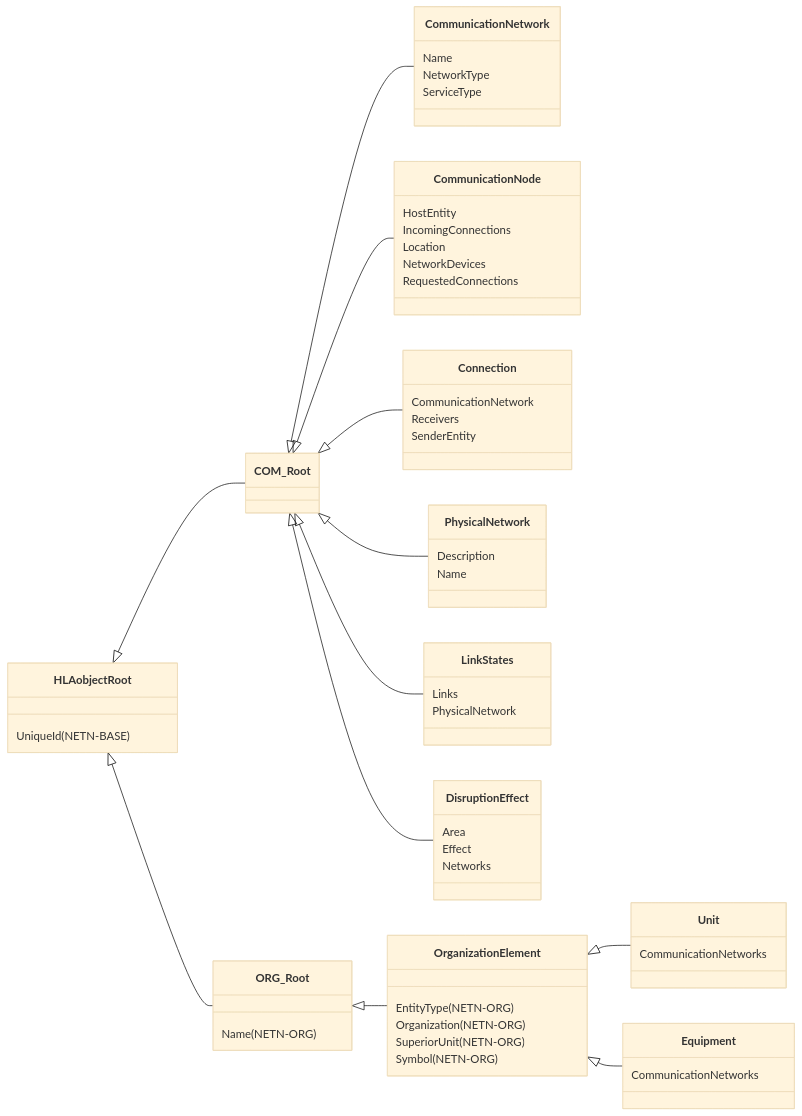
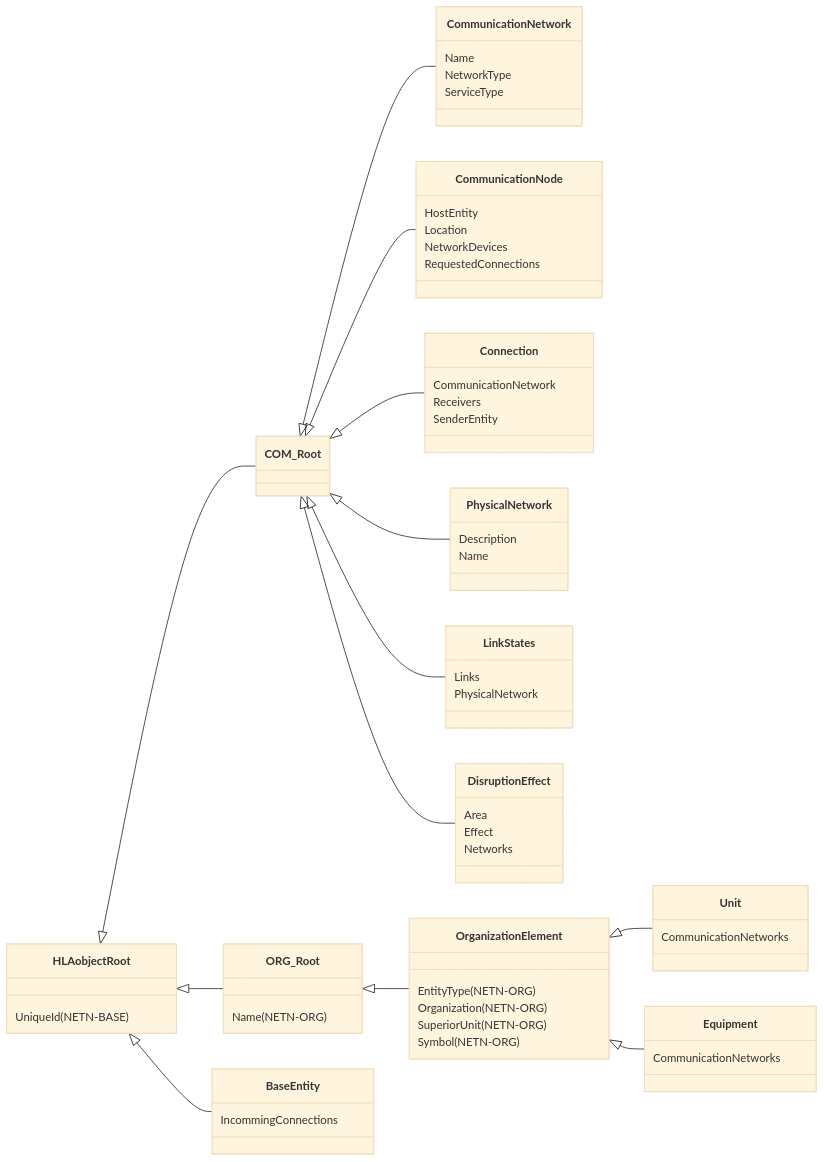
The sixth of 7 diagrams in NETN-COM.md (AMSP-04/NETN-COM), drawn with Mermaid (base theme) before and after one commit. The commit also changed other lines of this file and 2 other files, not shown here.

````diff
--- a/NETN-COM.md
+++ b/NETN-COM.md
@@ -17,42 +215,43 @@
 ```mermaid
 classDiagram 
 direction LR
 
 HLAobjectRoot <|-- COM_Root
 HLAobjectRoot <|-- ORG_Root
+HLAobjectRoot <|-- BaseEntity
 HLAobjectRoot : UniqueId(NETN-BASE)
 COM_Root <|-- CommunicationNetwork
 COM_Root <|-- CommunicationNode
 COM_Root <|-- Connection
 COM_Root <|-- PhysicalNetwork
 COM_Root <|-- LinkStates
 COM_Root <|-- DisruptionEffect
 CommunicationNetwork : Name
 CommunicationNetwork : NetworkType
 CommunicationNetwork : ServiceType
 CommunicationNode : HostEntity
-CommunicationNode : IncomingConnections
 CommunicationNode : Location
 CommunicationNode : NetworkDevices
 CommunicationNode : RequestedConnections
 Connection : CommunicationNetwork
 Connection : Receivers
 Connection : SenderEntity
 PhysicalNetwork : Description
 PhysicalNetwork : Name
 LinkStates : Links
 LinkStates : PhysicalNetwork
 DisruptionEffect : Area
 DisruptionEffect : Effect
 DisruptionEffect : Networks
 ORG_Root <|-- OrganizationElement
 ORG_Root : Name(NETN-ORG)
 OrganizationElement <|-- Unit
 OrganizationElement <|-- Equipment
 OrganizationElement : EntityType(NETN-ORG)
 OrganizationElement : Organization(NETN-ORG)
 OrganizationElement : SuperiorUnit(NETN-ORG)
 OrganizationElement : Symbol(NETN-ORG)
 Unit : CommunicationNetworks
 Equipment : CommunicationNetworks
+BaseEntity : IncommingConnections
 ```
````
